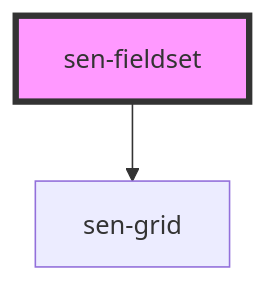
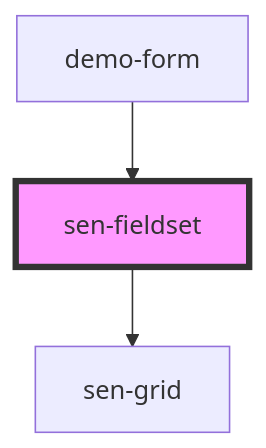
One commit to senna-ui/senna changed the diagram in core/src/components/fieldset/readme.md. Above: the diagram before and after it, drawn with Mermaid. The commit also changed other lines of this file and 8 other files, not shown here.

````diff
--- a/core/src/components/fieldset/readme.md
+++ b/core/src/components/fieldset/readme.md
@@ -22,5 +26,6 @@
 ```mermaid
 graph TD;
   sen-fieldset --> sen-grid
+  demo-form --> sen-fieldset
   style sen-fieldset fill:#f9f,stroke:#333,stroke-width:4px
 ```
````
